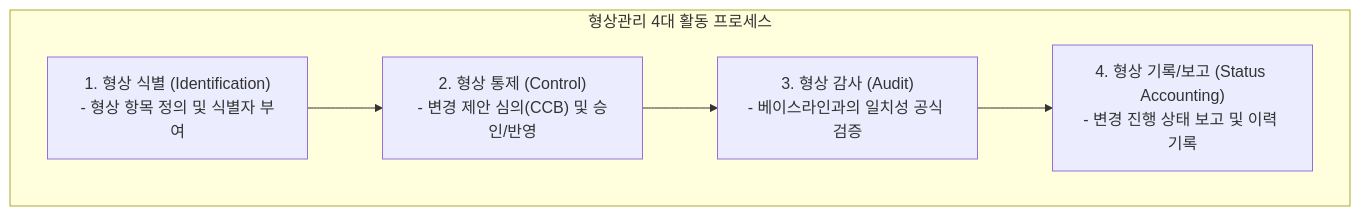
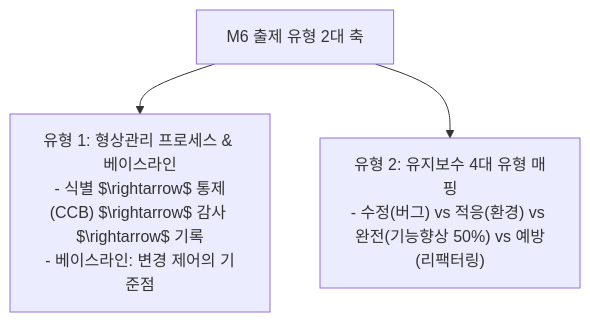
The diagram in content/posts/ncs-swe-module-8-configuration-management-maintenance.md (initbtn/blog), drawn with Mermaid before and after one commit. The commit also changed other lines of this file and 20 other files, not shown here.

````diff
--- a/content/posts/ncs-swe-module-8-configuration-management-maintenance.md
+++ b/content/posts/ncs-swe-module-8-configuration-management-maintenance.md
@@ -14,8 +14,10 @@
 ```mermaid
 flowchart TD
-    subgraph Activities["형상관리 4대 활동 프로세스"]
-        A1["1. 형상 식별 (Identification)<br>- 형상 항목 정의 및 식별자 부여"] --> A2["2. 형상 통제 (Control)<br>- 변경 제안 심의(CCB) 및 승인/반영"]
-        A2 --> A3["3. 형상 감사 (Audit)<br>- 베이스라인과의 일치성 공식 검증"]
-        A3 --> A4["4. 형상 기록/보고 (Status Accounting)<br>- 변경 진행 상태 보고 및 이력 기록"]
-    end
+    M6["M6 출제 유형 2대 축"]
+    
+    T1["유형 1: 형상관리 프로세스 & 베이스라인<br>- 식별 $\rightarrow$ 통제(CCB) $\rightarrow$ 감사 $\rightarrow$ 기록<br>- 베이스라인: 변경 제어의 기준점"]
+    T2["유형 2: 유지보수 4대 유형 매핑<br>- 수정(버그) vs 적응(환경) vs 완전(기능향상 50%) vs 예방(리팩터링)"]
+
+    M6 --> T1
+    M6 --> T2
 ```
````
